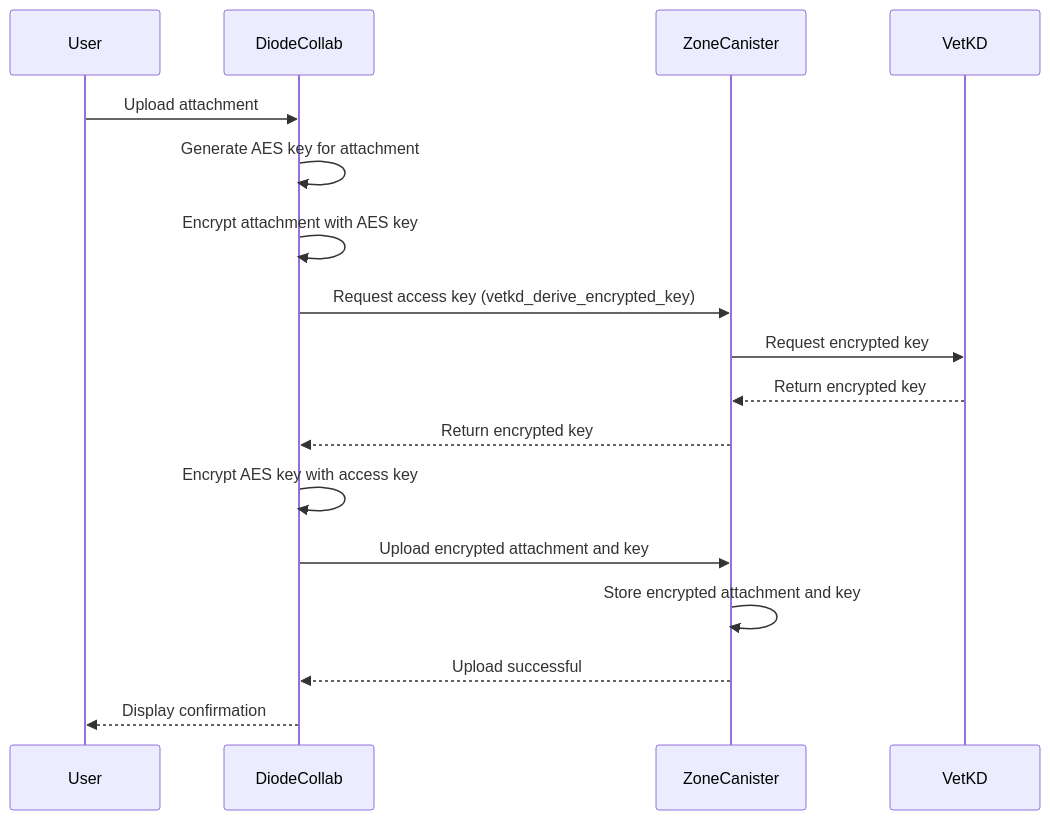
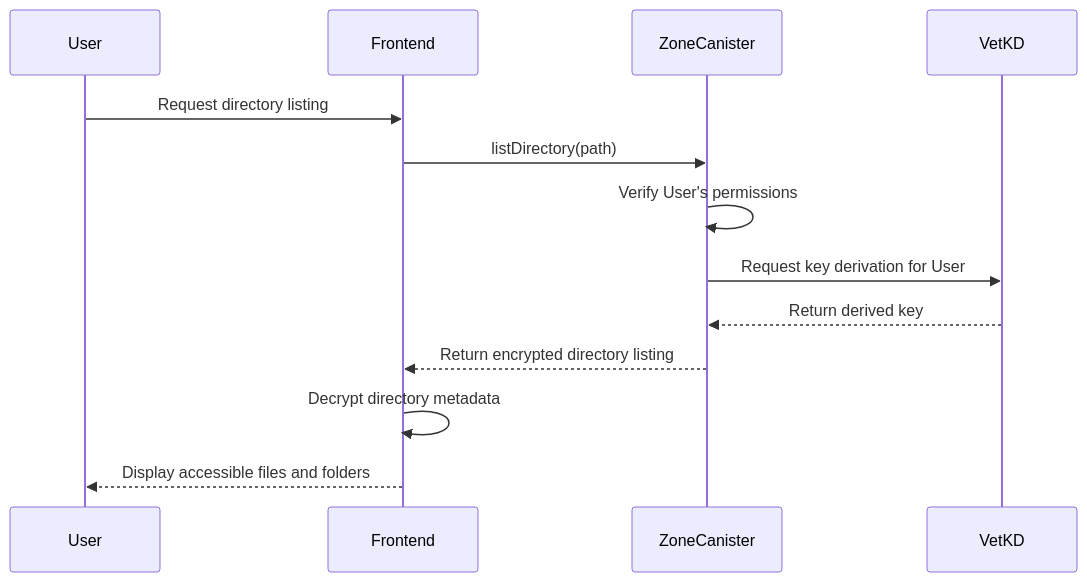
One commit to diodechain/zone_availability_canister changed the seventh of 12 diagrams in docs/dfinity_milestones2.md. Above: the diagram before and after it, drawn with Mermaid. The commit also changed other lines of this file, not shown here.

````diff
--- a/docs/dfinity_milestones2.md
+++ b/docs/dfinity_milestones2.md
@@ -194,20 +296,16 @@
 ```mermaid
 sequenceDiagram
     participant User
-    participant DiodeCollab
+    participant Frontend
     participant ZoneCanister
     participant VetKD
     
-    User->>DiodeCollab: Upload attachment
-    DiodeCollab->>DiodeCollab: Generate AES key for attachment
-    DiodeCollab->>DiodeCollab: Encrypt attachment with AES key
-    DiodeCollab->>ZoneCanister: Request access key (vetkd_derive_encrypted_key)
-    ZoneCanister->>VetKD: Request encrypted key
-    VetKD-->>ZoneCanister: Return encrypted key
-    ZoneCanister-->>DiodeCollab: Return encrypted key
-    DiodeCollab->>DiodeCollab: Encrypt AES key with access key
-    DiodeCollab->>ZoneCanister: Upload encrypted attachment and key
-    ZoneCanister->>ZoneCanister: Store encrypted attachment and key
-    ZoneCanister-->>DiodeCollab: Upload successful
-    DiodeCollab-->>User: Display confirmation
+    User->>Frontend: Request directory listing
+    Frontend->>ZoneCanister: listDirectory(path)
+    ZoneCanister->>ZoneCanister: Verify User's permissions
+    ZoneCanister->>VetKD: Request key derivation for User
+    VetKD-->>ZoneCanister: Return derived key
+    ZoneCanister-->>Frontend: Return encrypted directory listing
+    Frontend->>Frontend: Decrypt directory metadata
+    Frontend-->>User: Display accessible files and folders
 ```
````
